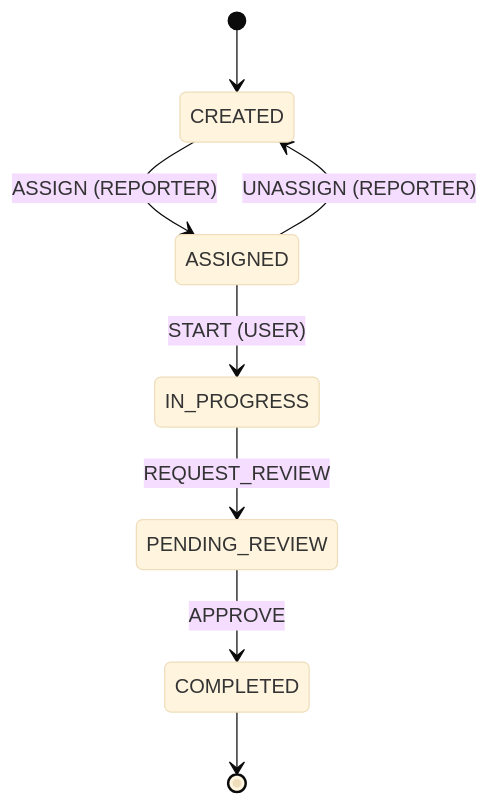
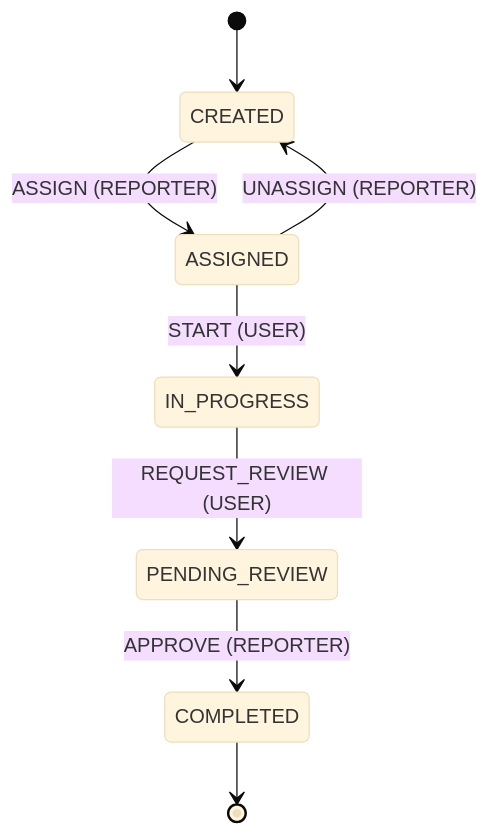
One commit to GoldenOwlAsia/tenant-event-assignments changed the diagram in README.md. Above: the diagram before and after it, drawn with Mermaid (base theme). The commit also changed other lines of this file and 80 other files, not shown here.

````diff
--- a/README.md
+++ b/README.md
@@ -81,10 +23,10 @@
 ```mermaid
 stateDiagram-v2
     [*] --> CREATED
     CREATED --> ASSIGNED: ASSIGN (REPORTER)
     ASSIGNED --> IN_PROGRESS: START (USER)
     ASSIGNED --> CREATED: UNASSIGN (REPORTER)
-    IN_PROGRESS --> PENDING_REVIEW: REQUEST_REVIEW
-    PENDING_REVIEW --> COMPLETED: APPROVE
+    IN_PROGRESS --> PENDING_REVIEW: REQUEST_REVIEW (USER)
+    PENDING_REVIEW --> COMPLETED: APPROVE (REPORTER)
     COMPLETED --> [*]
 ```
````
